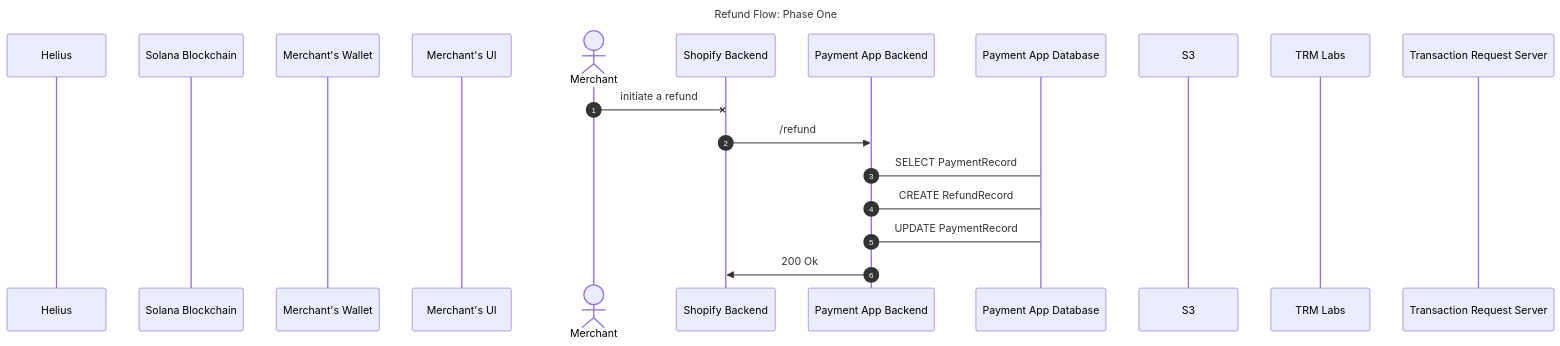
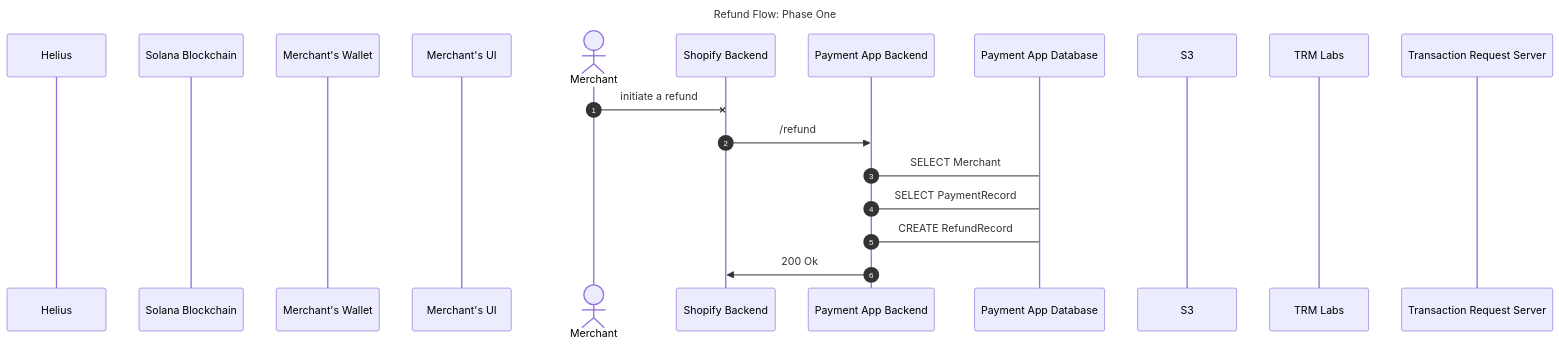
One commit to Tru3Bliss/solana-modern-pay changed the fourth of 7 diagrams in system-design/README.md. Above: the diagram before and after it, drawn with Mermaid. The commit also changed other lines of this file, not shown here.

First line of the commit message:
Tj/sys design flow updates (#76)

````diff
--- a/system-design/README.md
+++ b/system-design/README.md
@@ -115,22 +119,22 @@
 ```mermaid
 sequenceDiagram
     title Refund Flow: Phase One
     autonumber
     participant Helius
     participant Solana as Solana Blockchain
     participant Wallet as Merchant's Wallet
     participant Portal as Merchant's UI
     actor Merchant
     participant Shop as Shopify Backend
     participant Backend as Payment App Backend
     participant Database as Payment App Database
     participant S3
     participant TRM as TRM Labs
     participant TRS as Transaction Request Server
     Merchant-xShop: initiate a refund
     Shop->>Backend: /refund
+    Backend->Database: SELECT Merchant
     Backend->Database: SELECT PaymentRecord
     Backend->Database: CREATE RefundRecord
-    Backend->Database: UPDATE PaymentRecord
     Backend->>Shop: 200 Ok
 ```
````
